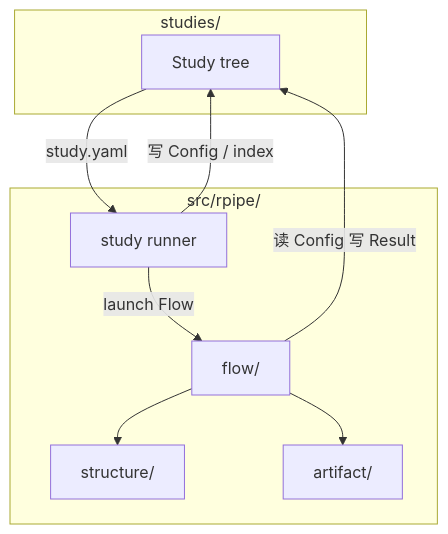
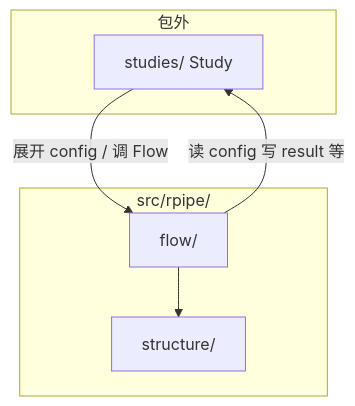
Before and after one commit to diaoenmao/RPipe: the diagram in docs/LAYOUT.md, drawn with Mermaid. The commit also changed other lines of this file and 11 other files, not shown here.

First line of the commit message:
Align Study/Experiment/Run docs and fold artifact into structure.

````diff
--- a/docs/LAYOUT.md
+++ b/docs/LAYOUT.md
@@ -37,18 +33,13 @@
 ```mermaid
 flowchart TB
-  subgraph workspace [studies/]
-  study[Study tree]
+  subgraph outside [包外]
+    studies[studies/ Study]
   end
   subgraph lib [src/rpipe/]
-  study_pkg[study runner]
-  structure[structure/]
-  flow[flow/]
-  artifact_io[artifact/]
+    structure[structure/]
+    flow[flow/]
   end
-  study -->|study.yaml| study_pkg
-  study_pkg -->|写 Config / index| study
-  study_pkg -->|launch Flow| flow
+  studies -->|展开 config / 调 Flow| flow
   flow --> structure
-  flow --> artifact_io
-  flow -->|读 Config 写 Result| study
+  flow -->|读 config 写 result 等| studies
 ```
````
